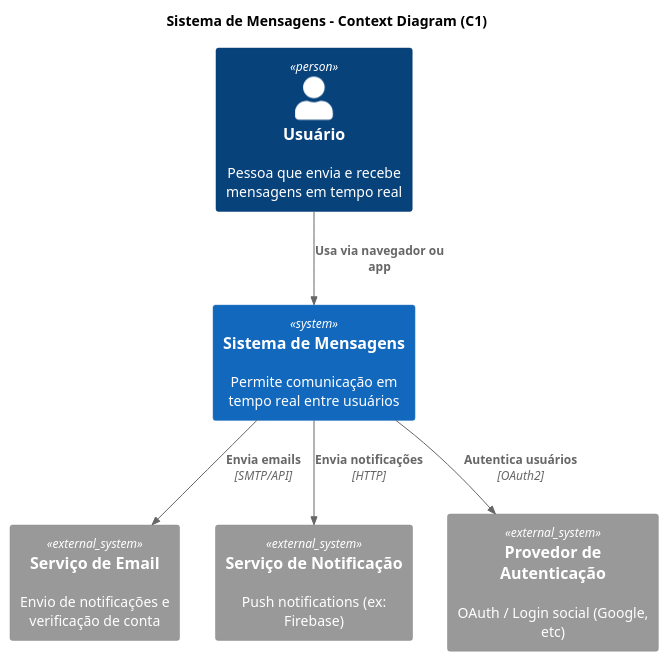
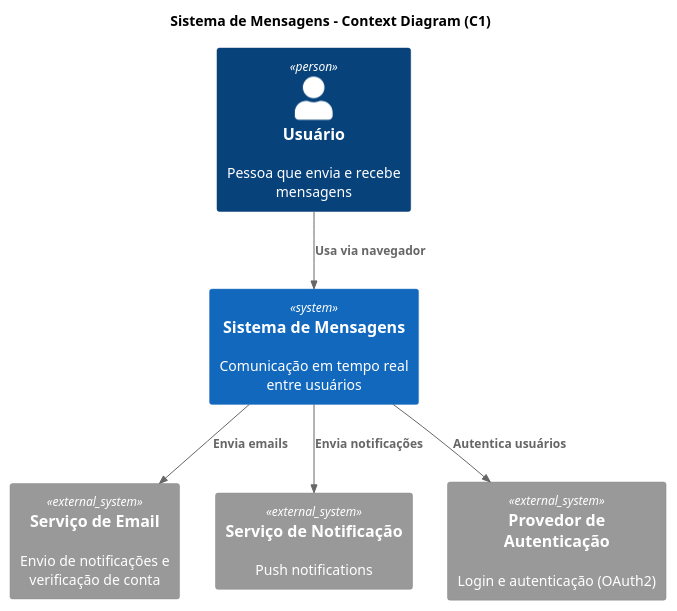
One commit to RochaJoaos/CHET changed the diagram in arquitetura/C4/context.puml. Above: the diagram before and after it, drawn with PlantUML.

```diff
--- a/arquitetura/C4/context.puml
+++ b/arquitetura/C4/context.puml
@@ -1,24 +1,24 @@
 @startuml
 title Sistema de Mensagens - Context Diagram (C1)
 
-' Import do C4 (nível contexto)
-!include https://raw.githubusercontent.com/plantuml-stdlib/C4-PlantUML/master/C4_Context.puml
+!includeurl https://raw.githubusercontent.com/plantuml-stdlib/C4-PlantUML/master/C4_Context.puml
 
 ' Pessoas
-Person(user, "Usuário", "Pessoa que envia e recebe mensagens em tempo real")
+Person(user, "Usuário", "Pessoa que envia e recebe mensagens")
 
 ' Sistema principal
-System(chatSystem, "Sistema de Mensagens", "Permite comunicação em tempo real entre usuários")
+System(chatSystem, "Sistema de Mensagens", "Comunicação em tempo real entre usuários")
 
 ' Sistemas externos
 System_Ext(emailSystem, "Serviço de Email", "Envio de notificações e verificação de conta")
-System_Ext(pushSystem, "Serviço de Notificação", "Push notifications (ex: Firebase)")
-System_Ext(authProvider, "Provedor de Autenticação", "OAuth / Login social (Google, etc)")
+System_Ext(pushSystem, "Serviço de Notificação", "Push notifications")
+System_Ext(authProvider, "Provedor de Autenticação", "Login e autenticação (OAuth2)")
 
 ' Relacionamentos
-Rel(user, chatSystem, "Usa via navegador ou app")
-Rel(chatSystem, emailSystem, "Envia emails", "SMTP/API")
-Rel(chatSystem, pushSystem, "Envia notificações", "HTTP")
-Rel(chatSystem, authProvider, "Autentica usuários", "OAuth2")
+Rel(user, chatSystem, "Usa via navegador")
+
+Rel(chatSystem, emailSystem, "Envia emails")
+Rel(chatSystem, pushSystem, "Envia notificações")
+Rel(chatSystem, authProvider, "Autentica usuários")
 
 @enduml
```
